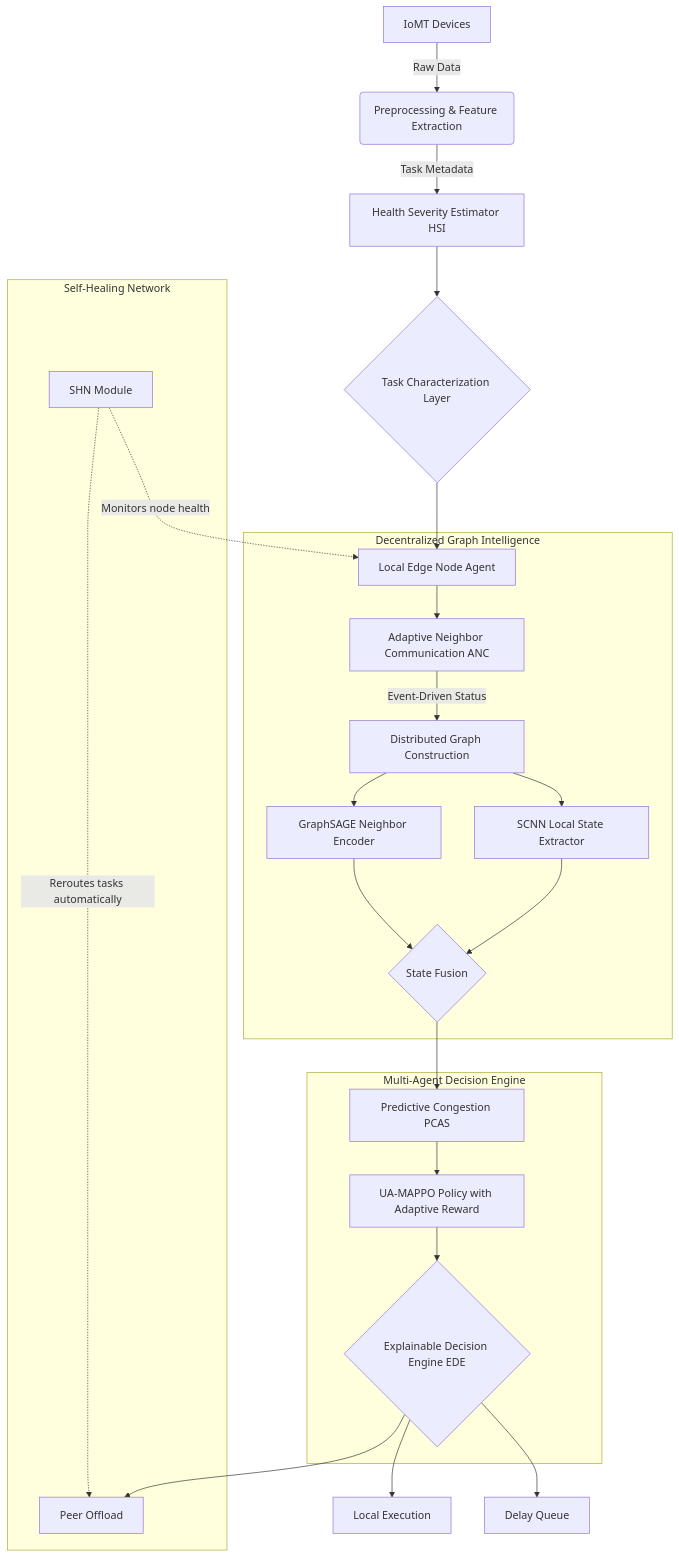
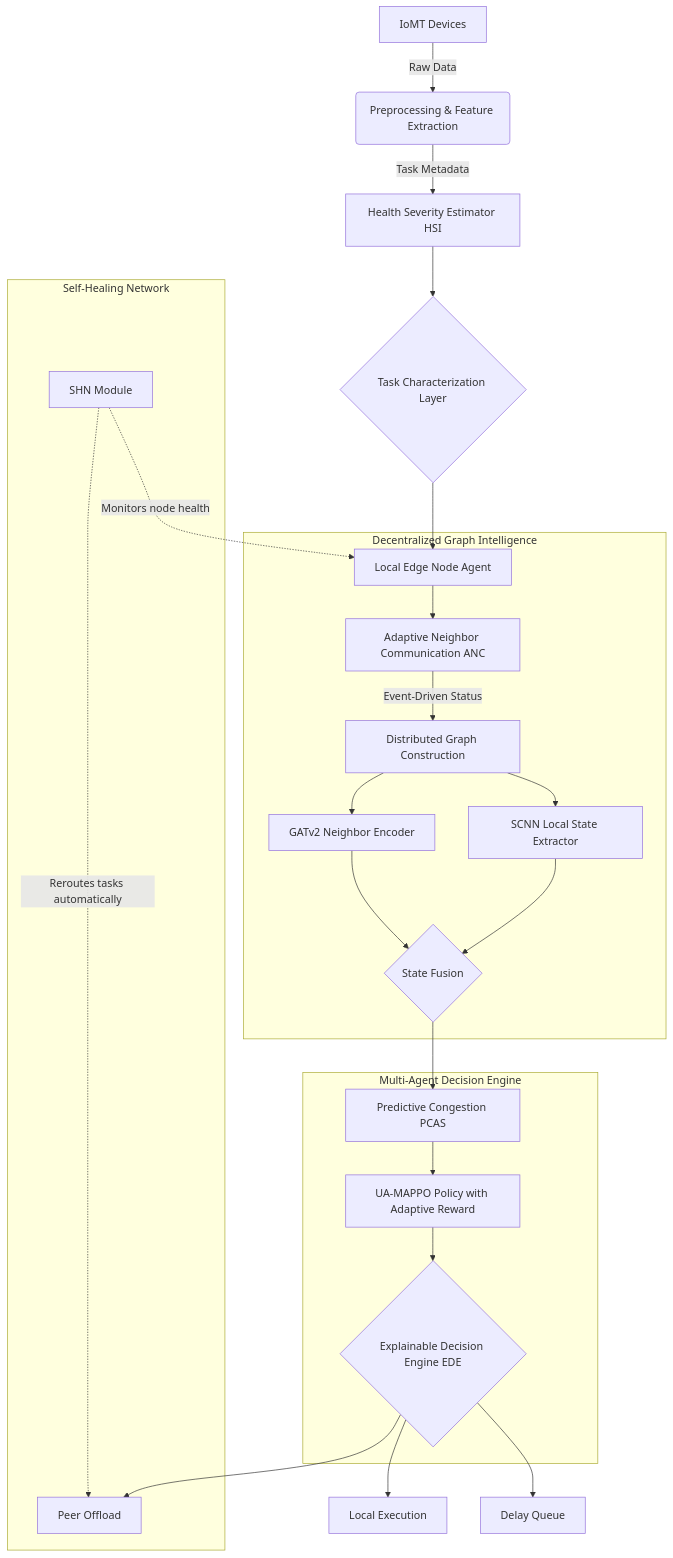
One commit to Abhishek-2027/Graph-Neural-Multi-Agent-Reinforcement-Learning-for-Fully-Decentralized-Hospital-Edge-Intelligence changed the first of 4 diagrams in README.md. Above: the diagram before and after it, drawn with Mermaid. The commit also changed other lines of this file and 27 other files, not shown here.

````diff
--- a/README.md
+++ b/README.md
@@ -136,31 +136,31 @@
 ```mermaid
 graph TD
     A[IoMT Devices] -->|Raw Data| B(Preprocessing & Feature Extraction)
     B -->|Task Metadata| C[Health Severity Estimator HSI]
     C --> D{Task Characterization Layer}
     D --> E[Local Edge Node Agent]
     
     subgraph Decentralized Graph Intelligence
     E --> F[Adaptive Neighbor Communication ANC]
     F -->|Event-Driven Status| G[Distributed Graph Construction]
     G --> H1[SCNN Local State Extractor]
-    G --> H2[GraphSAGE Neighbor Encoder]
+    G --> H2[GATv2 Neighbor Encoder]
     H1 --> I{State Fusion}
     H2 --> I
     end
     
     subgraph Multi-Agent Decision Engine
     I --> J[Predictive Congestion PCAS]
     J --> K[UA-MAPPO Policy with Adaptive Reward]
     K --> L{Explainable Decision Engine EDE}
     end
     
     L --> M[Local Execution]
     L --> N[Peer Offload]
     L --> O[Delay Queue]
     
     subgraph Self-Healing Network
     P[SHN Module] -.->|Monitors node health| E
     P -.->|Reroutes tasks automatically| N
     end
 ```
````
